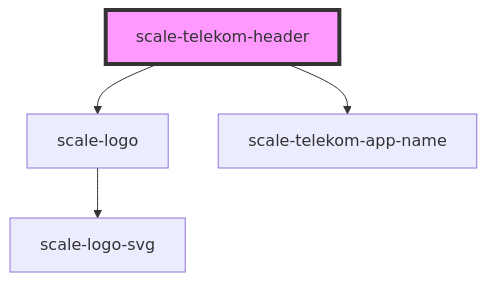
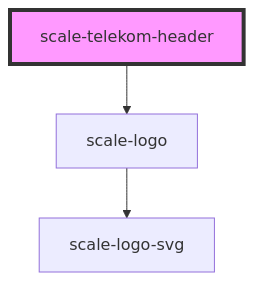
The diagram in packages/components/src/components/telekom/telekom-header/readme.md (telekom/scale), drawn with Mermaid before and after one commit. The commit also changed other lines of this file and 7 other files, not shown here.

Commit message:
feat(telekom-header): add styles for app name (no component)

````diff
--- a/packages/components/src/components/telekom/telekom-header/readme.md
+++ b/packages/components/src/components/telekom/telekom-header/readme.md
@@ -42,7 +40,6 @@
 ```mermaid
 graph TD;
   scale-telekom-header --> scale-logo
-  scale-telekom-header --> scale-telekom-app-name
   scale-logo --> scale-logo-svg
   style scale-telekom-header fill:#f9f,stroke:#333,stroke-width:4px
 ```
````
